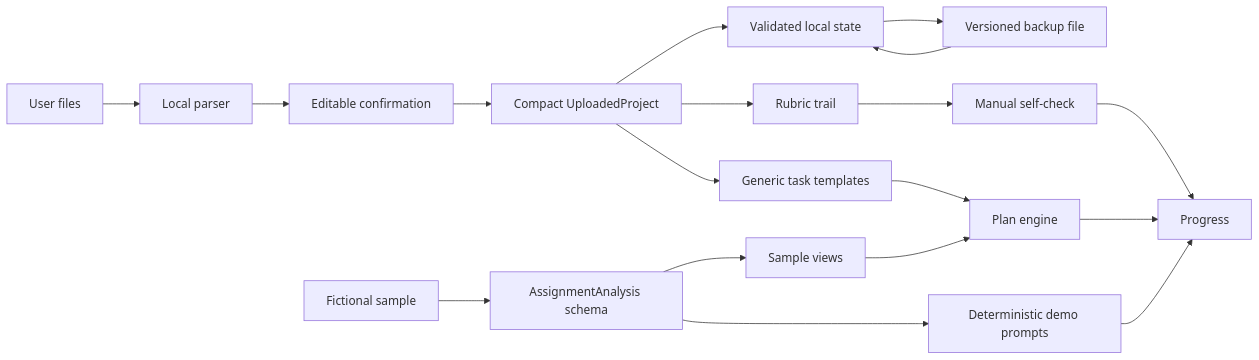
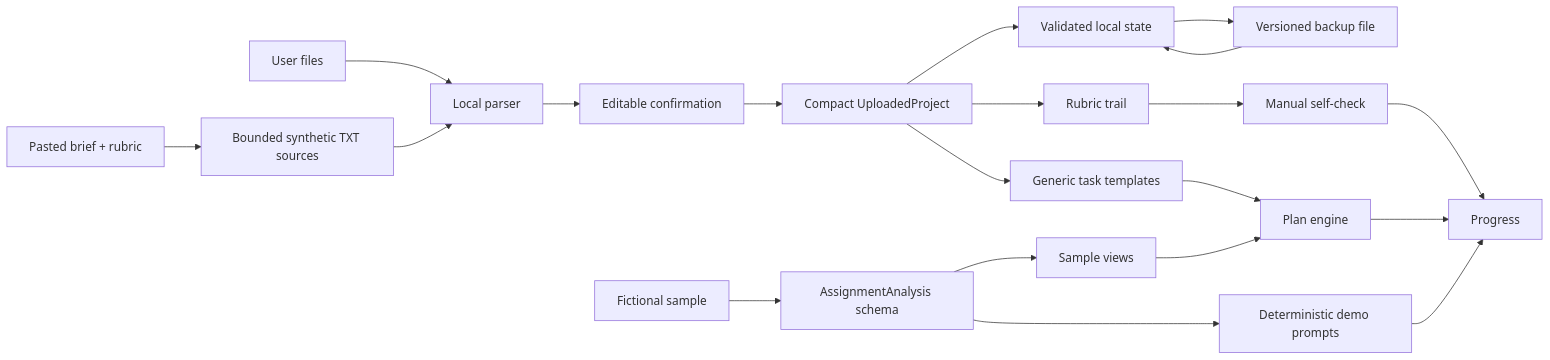
The diagram in docs/ARCHITECTURE.md (Sion612/rubrictrail), drawn with Mermaid before and after one commit. The commit also changed other lines of this file and 23 other files, not shown here.

First line of the commit message:
Add bounded pasted assignment intake (#9)

````diff
--- a/docs/ARCHITECTURE.md
+++ b/docs/ARCHITECTURE.md
@@ -6,21 +6,23 @@
 ```mermaid
 flowchart LR
   U["User files"] --> P["Local parser"]
+  PT["Pasted brief + rubric"] --> PF["Bounded synthetic TXT sources"]
+  PF --> P
   P --> C["Editable confirmation"]
   C --> LP["Compact UploadedProject"]
   LP --> LS["Validated local state"]
   LS --> BF["Versioned backup file"]
   BF --> LS
   LP --> RT["Rubric trail"]
   LP --> TP["Generic task templates"]
   TP --> PE["Plan engine"]
   RT --> SC["Manual self-check"]
   PE --> PR["Progress"]
   SC --> PR
 
   S["Fictional sample"] --> AS["AssignmentAnalysis schema"]
   AS --> SV["Sample views"]
   AS --> MD["Deterministic demo prompts"]
   SV --> PE
   MD --> PR
 ```
````
